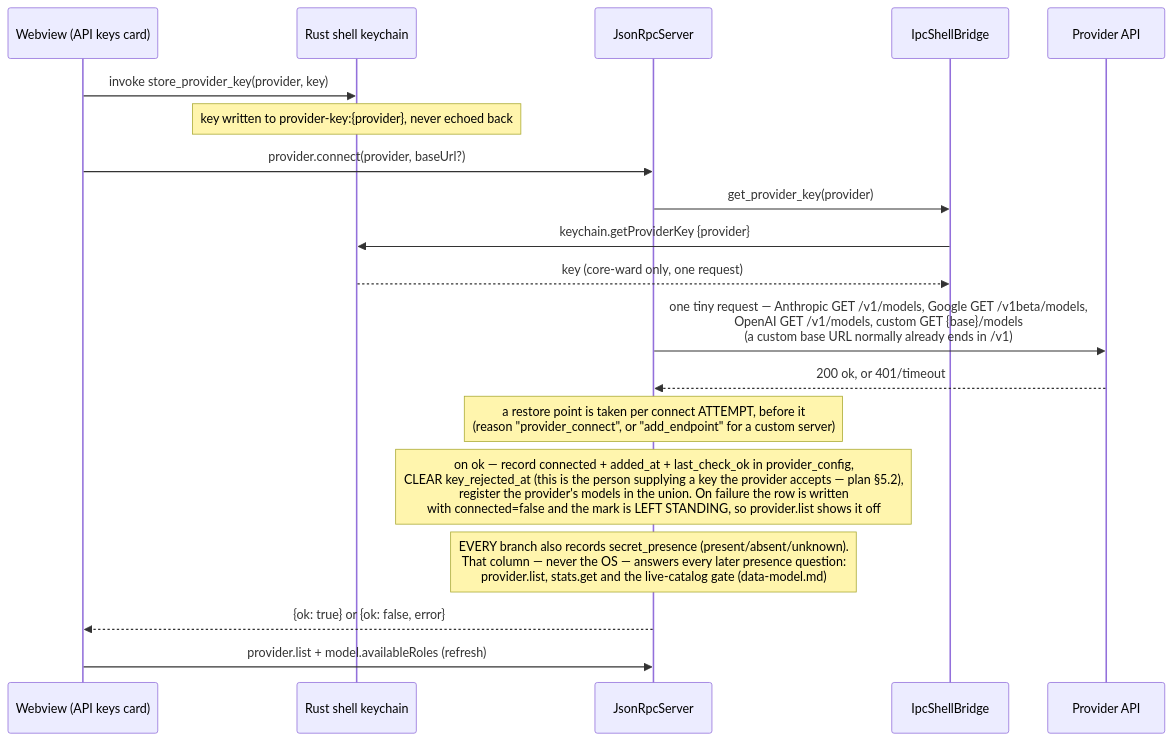
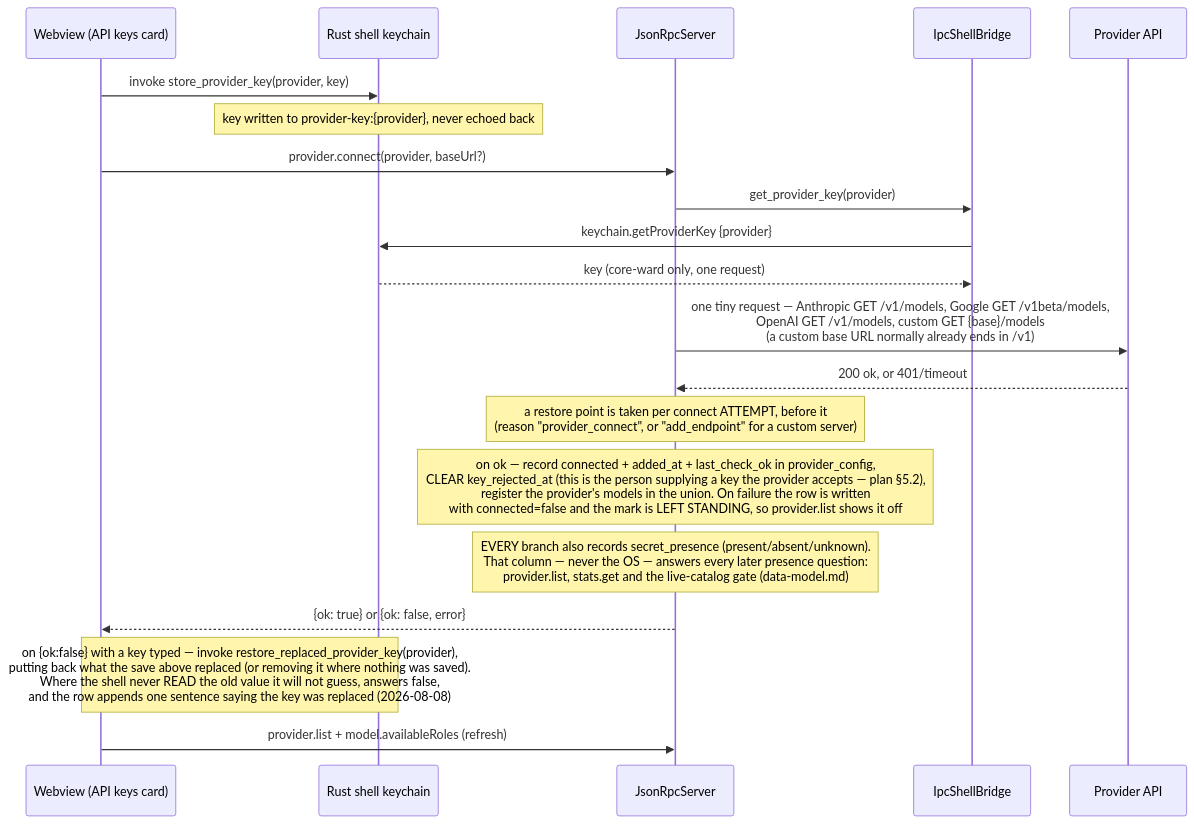
One commit to N041M/Addison changed the seventh of 15 diagrams in docs/flows.md. Above: the diagram before and after it, drawn with Mermaid. The commit also changed other lines of this file and 8 other files, not shown here.

First line of the commit message:
fix: a failed connect puts back the key its save replaced

````diff
--- a/docs/flows.md
+++ b/docs/flows.md
@@ -266,22 +266,23 @@
 ```mermaid
 sequenceDiagram
     participant UI as Webview (API keys card)
     participant SH as Rust shell keychain
     participant SRV as JsonRpcServer
     participant BR as IpcShellBridge
     participant P as Provider API
 
     UI->>SH: invoke store_provider_key(provider, key)
     Note over SH: key written to provider-key:{provider}, never echoed back
     UI->>SRV: provider.connect(provider, baseUrl?)
     SRV->>BR: get_provider_key(provider)
     BR->>SH: keychain.getProviderKey {provider}
     SH-->>BR: key (core-ward only, one request)
     SRV->>P: one tiny request — Anthropic GET /v1/models, Google GET /v1beta/models,<br/>OpenAI GET /v1/models, custom GET {base}/models<br/>(a custom base URL normally already ends in /v1)
     P-->>SRV: 200 ok, or 401/timeout
     Note over SRV: a restore point is taken per connect ATTEMPT, before it<br/>(reason "provider_connect", or "add_endpoint" for a custom server)
     Note over SRV: on ok — record connected + added_at + last_check_ok in provider_config,<br/>CLEAR key_rejected_at (this is the person supplying a key the provider accepts — plan §5.2),<br/>register the provider's models in the union. On failure the row is written<br/>with connected=false and the mark is LEFT STANDING, so provider.list shows it off
     Note over SRV: EVERY branch also records secret_presence (present/absent/unknown).<br/>That column — never the OS — answers every later presence question:<br/>provider.list, stats.get and the live-catalog gate (data-model.md)
     SRV-->>UI: {ok: true} or {ok: false, error}
+    Note over UI,SH: on {ok:false} with a key typed — invoke restore_replaced_provider_key(provider),<br/>putting back what the save above replaced (or removing it where nothing was saved).<br/>Where the shell never READ the old value it will not guess, answers false,<br/>and the row appends one sentence saying the key was replaced (2026-08-08)
     UI->>SRV: provider.list + model.availableRoles (refresh)
 ```
````
